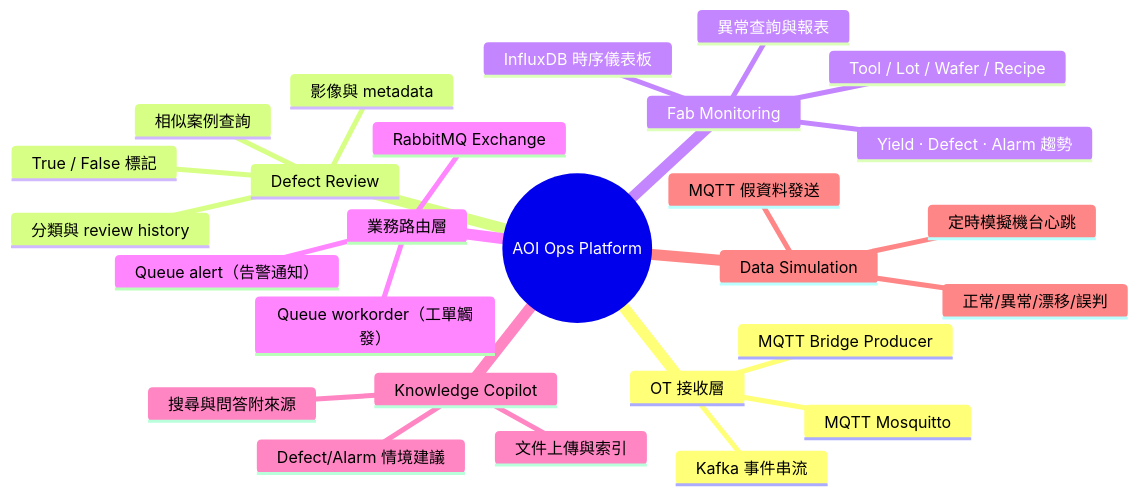
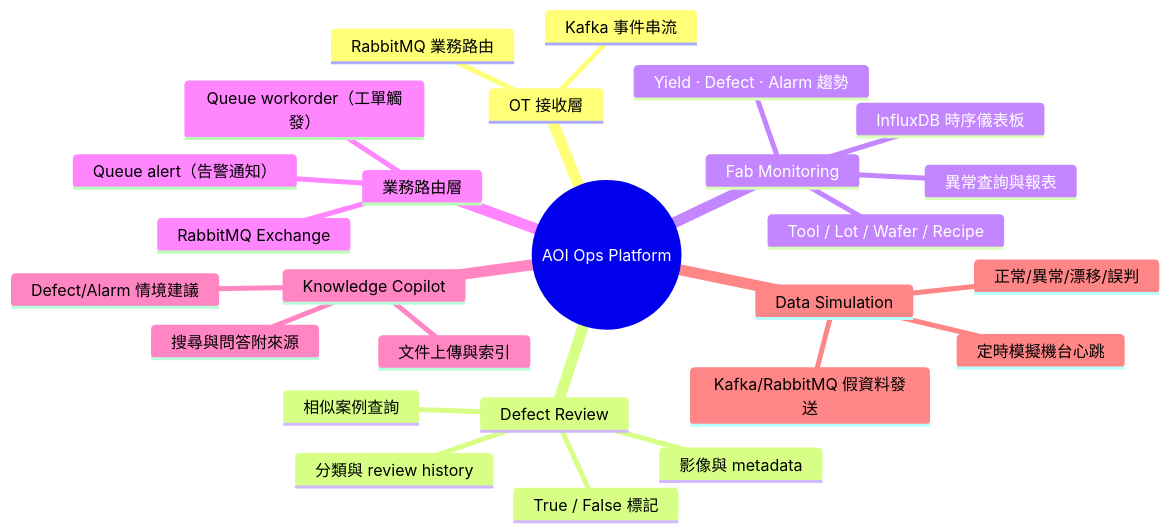
Before and after one commit to sfad159357/aoi-ops-platform: the fifth of 6 diagrams in graph.md, drawn with Mermaid. The commit also changed other lines of this file and 20 other files, not shown here.

````diff
--- a/graph.md
+++ b/graph.md
@@ -199,30 +189,29 @@
 ```mermaid
 mindmap
   root((AOI Ops Platform))
     OT 接收層
-      MQTT Mosquitto
       Kafka 事件串流
-      MQTT Bridge Producer
+      RabbitMQ 業務路由
     Defect Review
       影像與 metadata
       True / False 標記
       分類與 review history
       相似案例查詢
     Fab Monitoring
       Tool / Lot / Wafer / Recipe
       Yield · Defect · Alarm 趨勢
       InfluxDB 時序儀表板
       異常查詢與報表
     業務路由層
       RabbitMQ Exchange
       Queue alert（告警通知）
       Queue workorder（工單觸發）
     Knowledge Copilot
       文件上傳與索引
       搜尋與問答附來源
       Defect/Alarm 情境建議
     Data Simulation
-      MQTT 假資料發送
+      Kafka/RabbitMQ 假資料發送
       正常/異常/漂移/誤判
       定時模擬機台心跳
 ```
````
